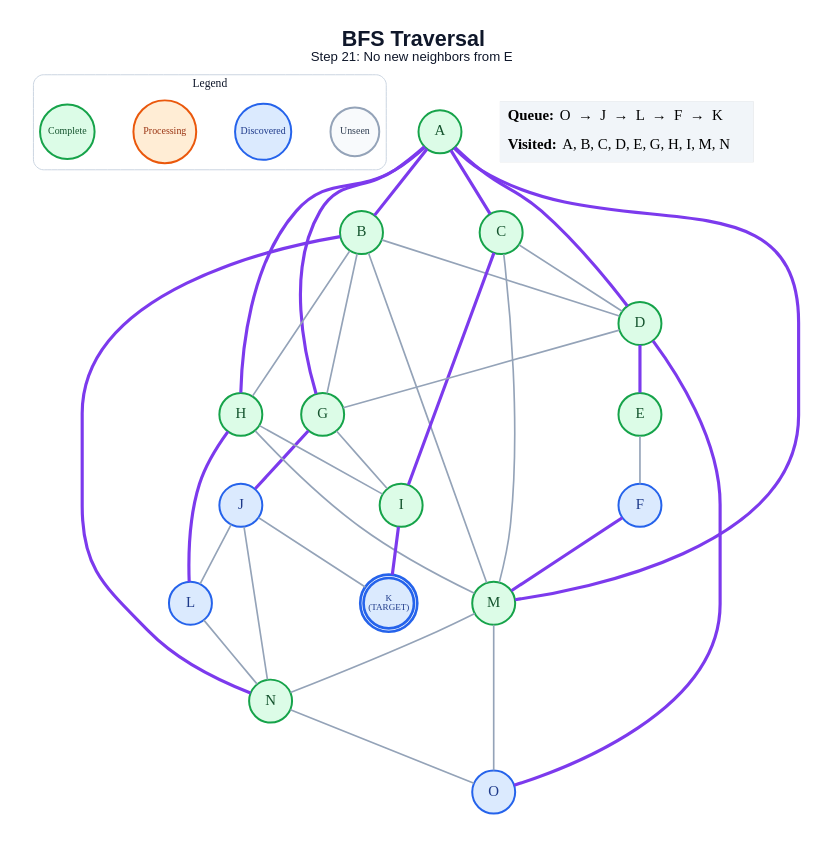
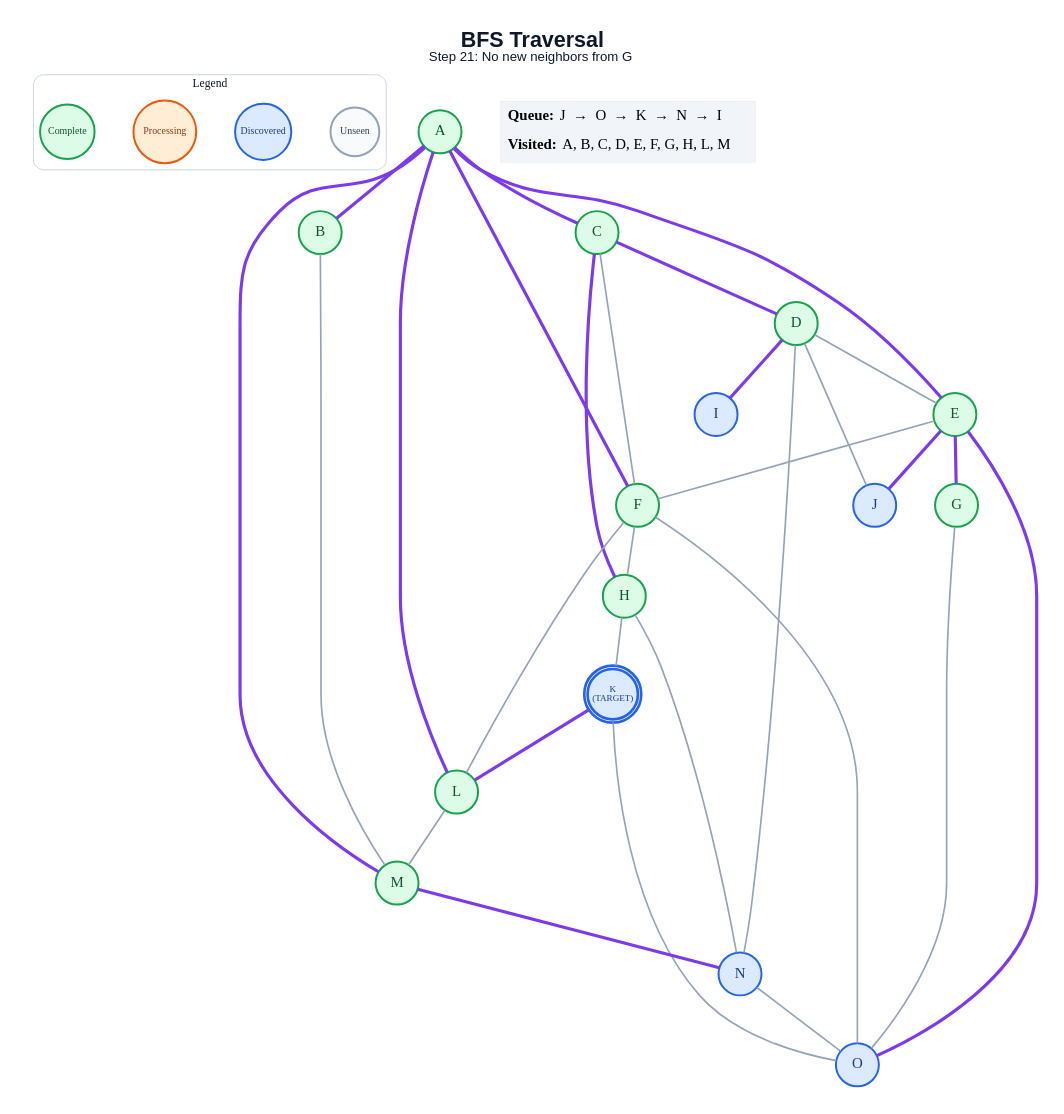
Before and after one commit to anon7238593-create/ai-slop: the diagram in generated/bfs/step_21.dot, drawn with Graphviz. The commit also changed 307 other files, not shown here.

```diff
--- a/generated/bfs/step_21.dot
+++ b/generated/bfs/step_21.dot
@@ -1,66 +1,63 @@
 graph traversal {
   graph [layout=dot, rankdir=TB, bgcolor="#FFFFFF", pad="0.35", nodesep="0.65", ranksep="0.8", fontname="Arial"];
   node [shape=circle, style="filled", fontname="Arial Bold", fontsize=18, width=0.72, fixedsize=true, penwidth=2.4];
   edge [color="#94A3B8", penwidth=2.0];
-  label=<<B>BFS Traversal</B><BR/><FONT POINT-SIZE="16">Step 21: No new neighbors from E</FONT>>; labelloc="t"; fontsize=26; fontname="Arial"; fontcolor="#0F172A";
+  label=<<B>BFS Traversal</B><BR/><FONT POINT-SIZE="16">Step 21: No new neighbors from G</FONT>>; labelloc="t"; fontsize=26; fontname="Arial"; fontcolor="#0F172A";
   subgraph cluster_legend { label="Legend"; color="#CBD5E1"; penwidth=1.2; style="rounded"; fontsize=14; fontname="Arial Bold";
     key_unseen [label="Unseen", fillcolor="#F8FAFC", color="#94A3B8", fontcolor="#334155", fontsize=12, width=0.82];
     key_frontier [label="Discovered", fillcolor="#DBEAFE", color="#2563EB", fontcolor="#1E3A8A", fontsize=12, width=0.95];
     key_current [label="Processing", fillcolor="#FFEDD5", color="#EA580C", fontcolor="#9A3412", fontsize=12, width=1.05];
     key_done [label="Complete", fillcolor="#DCFCE7", color="#16A34A", fontcolor="#14532D", fontsize=12, width=0.92];
     { rank=same; key_unseen; key_frontier; key_current; key_done; }
   }
   A [label="A", fillcolor="#DCFCE7", color="#16A34A", fontcolor="#14532D", peripheries=1, penwidth=2.4];
   B [label="B", fillcolor="#DCFCE7", color="#16A34A", fontcolor="#14532D", peripheries=1, penwidth=2.4];
   C [label="C", fillcolor="#DCFCE7", color="#16A34A", fontcolor="#14532D", peripheries=1, penwidth=2.4];
   D [label="D", fillcolor="#DCFCE7", color="#16A34A", fontcolor="#14532D", peripheries=1, penwidth=2.4];
   E [label="E", fillcolor="#DCFCE7", color="#16A34A", fontcolor="#14532D", peripheries=1, penwidth=2.4];
-  F [label="F", fillcolor="#DBEAFE", color="#2563EB", fontcolor="#1E3A8A", peripheries=1, penwidth=2.4];
+  F [label="F", fillcolor="#DCFCE7", color="#16A34A", fontcolor="#14532D", peripheries=1, penwidth=2.4];
   G [label="G", fillcolor="#DCFCE7", color="#16A34A", fontcolor="#14532D", peripheries=1, penwidth=2.4];
   H [label="H", fillcolor="#DCFCE7", color="#16A34A", fontcolor="#14532D", peripheries=1, penwidth=2.4];
-  I [label="I", fillcolor="#DCFCE7", color="#16A34A", fontcolor="#14532D", peripheries=1, penwidth=2.4];
+  I [label="I", fillcolor="#DBEAFE", color="#2563EB", fontcolor="#1E3A8A", peripheries=1, penwidth=2.4];
   J [label="J", fillcolor="#DBEAFE", color="#2563EB", fontcolor="#1E3A8A", peripheries=1, penwidth=2.4];
   K [label="K\n(TARGET)", fillcolor="#DBEAFE", color="#2563EB", fontcolor="#1E3A8A", peripheries=2, penwidth=3.2, fontsize=11, width=0.85, height=0.85];
-  L [label="L", fillcolor="#DBEAFE", color="#2563EB", fontcolor="#1E3A8A", peripheries=1, penwidth=2.4];
+  L [label="L", fillcolor="#DCFCE7", color="#16A34A", fontcolor="#14532D", peripheries=1, penwidth=2.4];
   M [label="M", fillcolor="#DCFCE7", color="#16A34A", fontcolor="#14532D", peripheries=1, penwidth=2.4];
-  N [label="N", fillcolor="#DCFCE7", color="#16A34A", fontcolor="#14532D", peripheries=1, penwidth=2.4];
+  N [label="N", fillcolor="#DBEAFE", color="#2563EB", fontcolor="#1E3A8A", peripheries=1, penwidth=2.4];
   O [label="O", fillcolor="#DBEAFE", color="#2563EB", fontcolor="#1E3A8A", peripheries=1, penwidth=2.4];
   A -- B [color="#7C3AED", penwidth=3.8];
   A -- C [color="#7C3AED", penwidth=3.8];
-  A -- D [color="#7C3AED", penwidth=3.8];
-  A -- G [color="#7C3AED", penwidth=3.8];
-  A -- H [color="#7C3AED", penwidth=3.8];
+  A -- E [color="#7C3AED", penwidth=3.8];
+  A -- F [color="#7C3AED", penwidth=3.8];
+  A -- L [color="#7C3AED", penwidth=3.8];
   A -- M [color="#7C3AED", penwidth=3.8];
-  B -- D;
-  B -- G;
-  B -- H;
   B -- M;
-  B -- N [color="#7C3AED", penwidth=3.8];
-  C -- D;
-  C -- I [color="#7C3AED", penwidth=3.8];
-  C -- M;
-  D -- E [color="#7C3AED", penwidth=3.8];
-  D -- G;
-  D -- O [color="#7C3AED", penwidth=3.8];
+  C -- D [color="#7C3AED", penwidth=3.8];
+  C -- F;
+  C -- H [color="#7C3AED", penwidth=3.8];
+  D -- E;
+  D -- I [color="#7C3AED", penwidth=3.8];
+  D -- J;
+  D -- N;
   E -- F;
-  F -- M [color="#7C3AED", penwidth=3.8];
-  G -- I;
-  G -- J [color="#7C3AED", penwidth=3.8];
-  H -- I;
-  H -- L [color="#7C3AED", penwidth=3.8];
-  H -- M;
-  I -- K [color="#7C3AED", penwidth=3.8];
-  J -- K;
-  J -- L;
-  J -- N;
-  L -- N;
-  M -- N;
-  M -- O;
+  E -- G [color="#7C3AED", penwidth=3.8];
+  E -- J [color="#7C3AED", penwidth=3.8];
+  E -- O [color="#7C3AED", penwidth=3.8];
+  F -- H;
+  F -- L;
+  F -- O;
+  G -- O;
+  H -- K;
+  H -- N;
+  K -- L [color="#7C3AED", penwidth=3.8];
+  K -- O;
+  L -- M;
+  M -- N [color="#7C3AED", penwidth=3.8];
   N -- O;
   status [shape=plain, fixedsize=false, width=0, height=0, margin=0, label=<
     <TABLE BORDER="0" CELLBORDER="0" CELLPADDING="7" BGCOLOR="#F1F5F9">
-      <TR><TD ALIGN="LEFT"><B>Queue:</B> O  →  J  →  L  →  F  →  K</TD></TR>
-      <TR><TD ALIGN="LEFT"><B>Visited:</B> A, B, C, D, E, G, H, I, M, N</TD></TR>
+      <TR><TD ALIGN="LEFT"><B>Queue:</B> J  →  O  →  K  →  N  →  I</TD></TR>
+      <TR><TD ALIGN="LEFT"><B>Visited:</B> A, B, C, D, E, F, G, H, L, M</TD></TR>
     </TABLE>
   >];
 }
```
